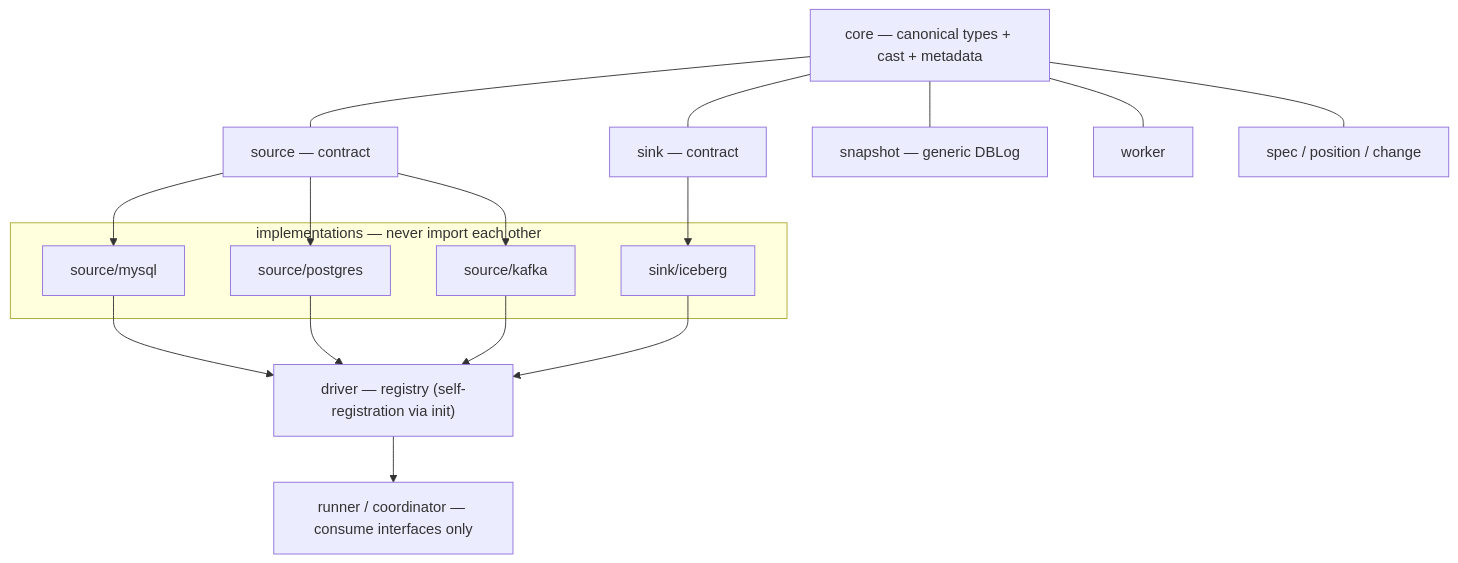
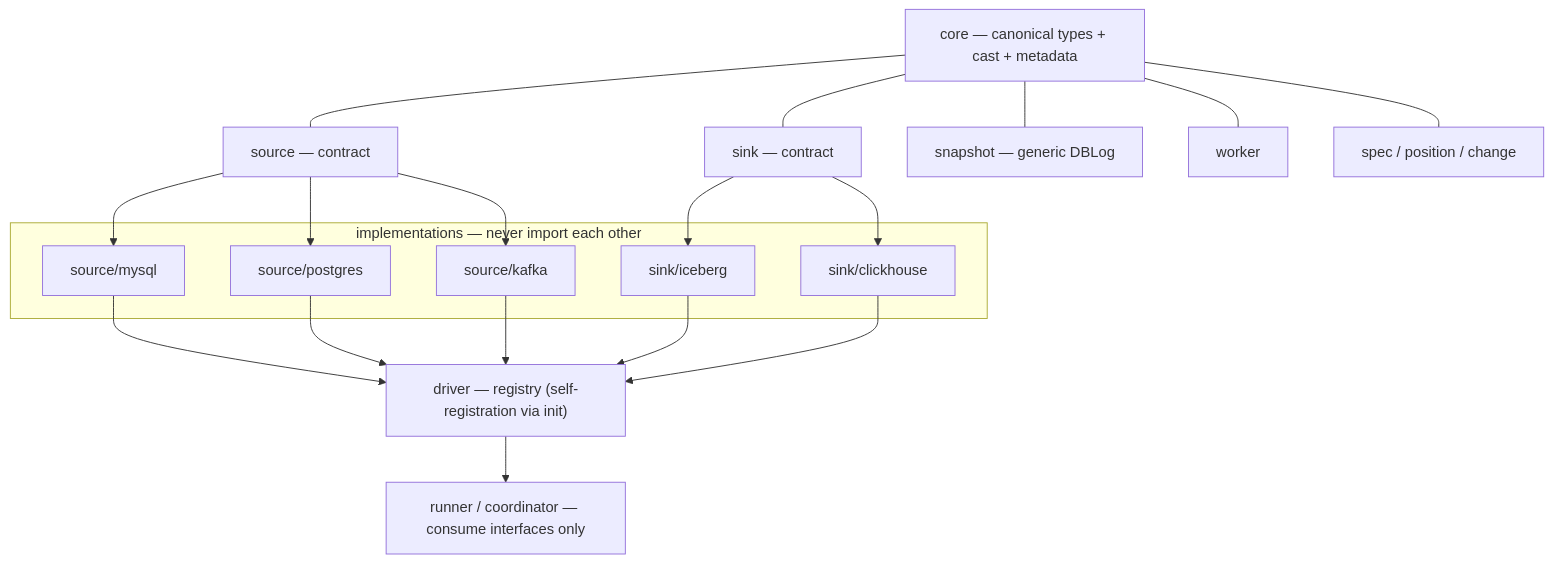
One commit to maltzsama/urutau changed the diagram in README.md. Above: the diagram before and after it, drawn with Mermaid. The commit also changed other lines of this file and 1 other file, not shown here.

````diff
--- a/README.md
+++ b/README.md
@@ -19,25 +92,26 @@
 ```mermaid
 flowchart TB
     CORE["core — canonical types + cast + metadata"]
     SRC["source — contract"]
     SNK["sink — contract"]
     SNAP["snapshot — generic DBLog"]
     WRK["worker"]
     STD["spec / position / change"]
 
     subgraph impls ["implementations — never import each other"]
         MYSQL["source/mysql"]
         PG["source/postgres"]
         KAFKA["source/kafka"]
         ICE["sink/iceberg"]
+        CH["sink/clickhouse"]
     end
 
     DRV["driver — registry (self-registration via init)"]
     RUN["runner / coordinator — consume interfaces only"]
 
     CORE --- SRC & SNK & SNAP & WRK & STD
     SRC --> MYSQL & PG & KAFKA
-    SNK --> ICE
-    MYSQL & PG & KAFKA & ICE --> DRV
+    SNK --> ICE & CH
+    MYSQL & PG & KAFKA & ICE & CH --> DRV
     DRV --> RUN
 ```
````
